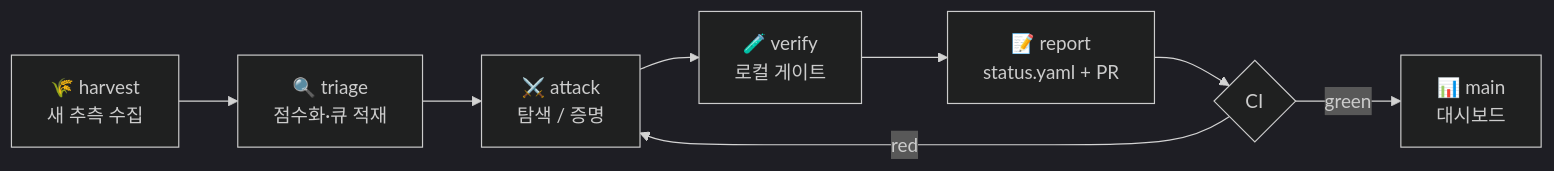
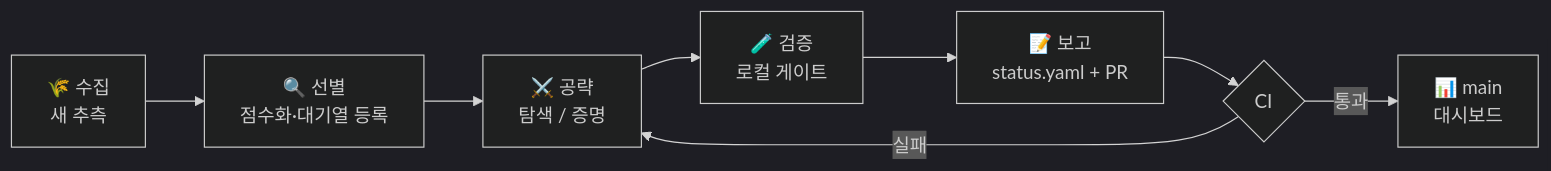
One commit to umaia1234/agentic-conjectures changed the diagram in README.ko.md. Above: the diagram before and after it, drawn with Mermaid (dark theme). The commit also changed other lines of this file and 55 other files, not shown here.

````diff
--- a/README.ko.md
+++ b/README.ko.md
@@ -31,10 +31,10 @@
 ```mermaid
 flowchart LR
-  H["🌾 harvest<br/>새 추측 수집"] --> T["🔍 triage<br/>점수화·큐 적재"]
-  T --> A["⚔️ attack<br/>탐색 / 증명"]
-  A --> V["🧪 verify<br/>로컬 게이트"]
-  V --> R["📝 report<br/>status.yaml + PR"]
+  H["🌾 수집<br/>새 추측"] --> T["🔍 선별<br/>점수화·대기열 등록"]
+  T --> A["⚔️ 공략<br/>탐색 / 증명"]
+  A --> V["🧪 검증<br/>로컬 게이트"]
+  V --> R["📝 보고<br/>status.yaml + PR"]
   R --> C{CI}
-  C -->|green| M["📊 main<br/>대시보드"]
-  C -->|red| A
+  C -->|통과| M["📊 main<br/>대시보드"]
+  C -->|실패| A
 ```
````
